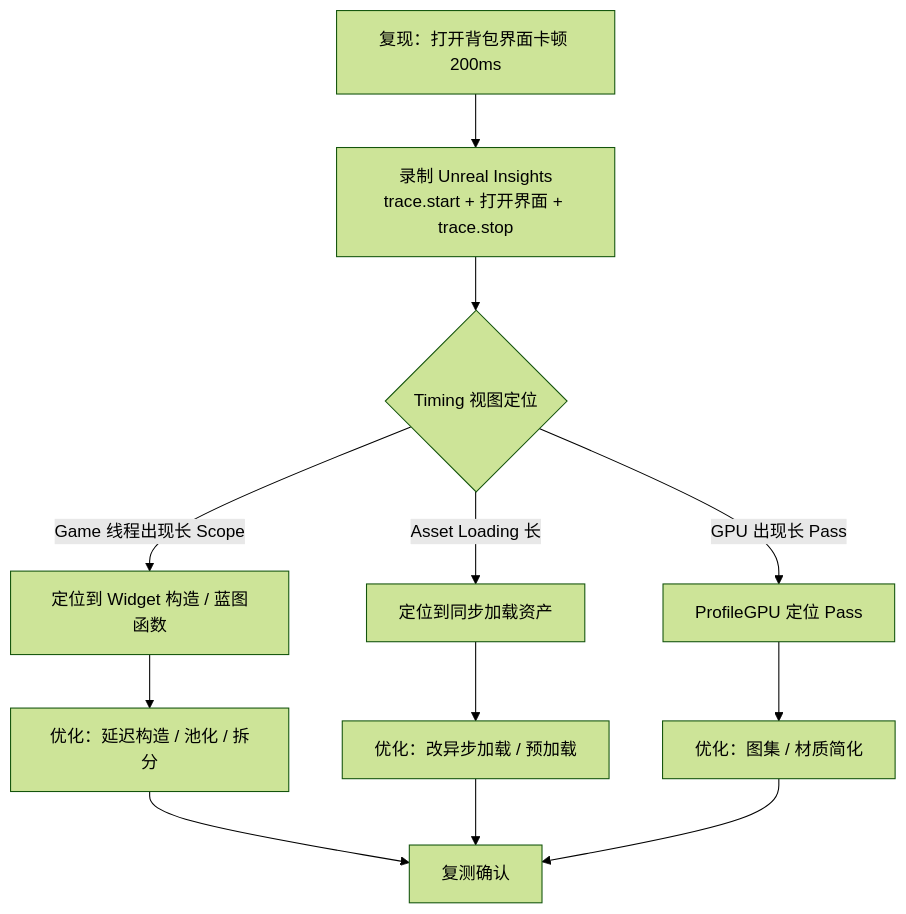
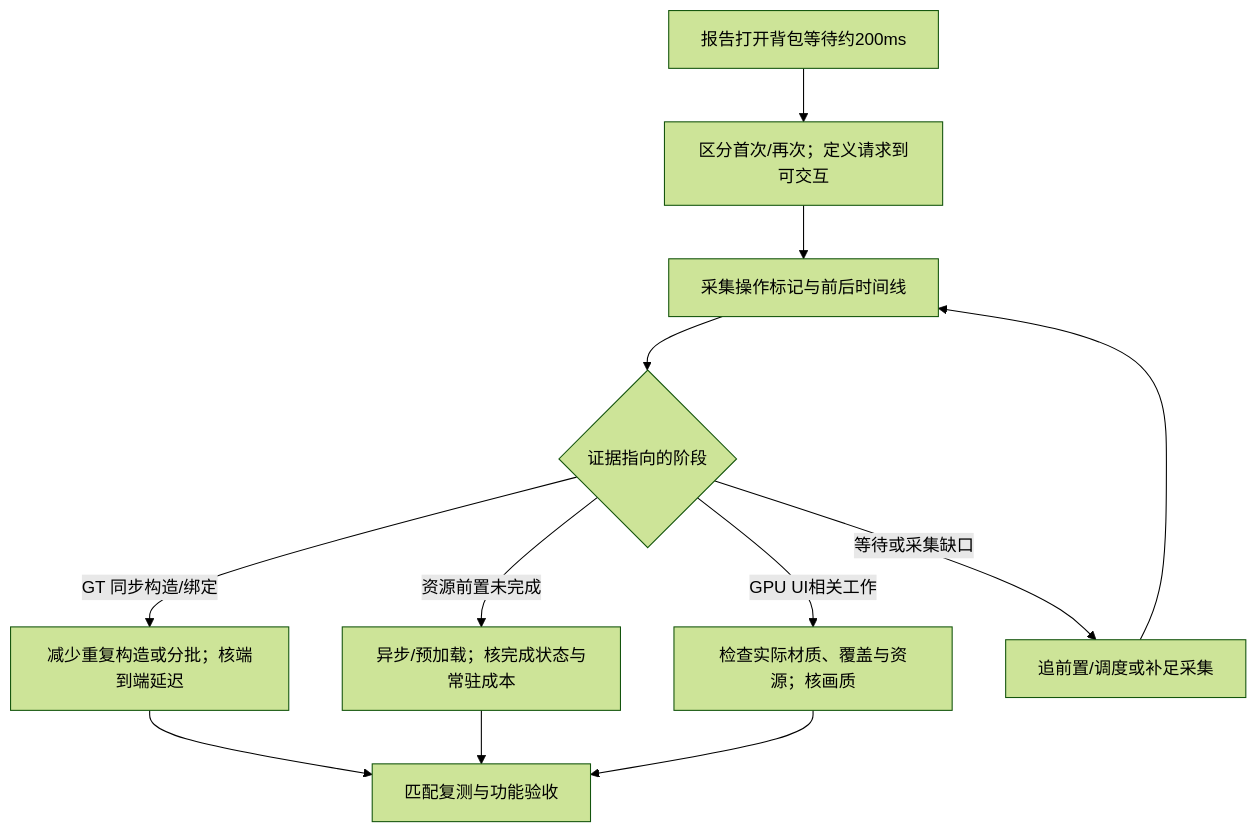
The fourth of 4 diagrams in 知识/08-工程实践与质量/调试与性能分析/03-性能分析工具与Profiling.md (fantuan812/learning), drawn with Mermaid (forest theme) before and after one commit. The commit also changed other lines of this file and 1 other file, not shown here.

````diff
--- a/知识/08-工程实践与质量/调试与性能分析/03-性能分析工具与Profiling.md
+++ b/知识/08-工程实践与质量/调试与性能分析/03-性能分析工具与Profiling.md
@@ -267,14 +404,14 @@
 ```mermaid
 flowchart TD
-    A[复现：打开背包界面卡顿 200ms] --> B[录制 Unreal Insights<br/>trace.start + 打开界面 + trace.stop]
-    B --> C{Timing 视图定位}
-    C -->|Game 线程出现长 Scope| D[定位到 Widget 构造 / 蓝图函数]
-    C -->|Asset Loading 长| E[定位到同步加载资产]
-    C -->|GPU 出现长 Pass| F[ProfileGPU 定位 Pass]
-    D --> G[优化：延迟构造 / 池化 / 拆分]
-    E --> H[优化：改异步加载 / 预加载]
-    F --> I[优化：图集 / 材质简化]
-    G --> J[复测确认]
-    H --> J
-    I --> J
+    A[报告打开背包等待约200ms] --> B[区分首次/再次；定义请求到可交互]
+    B --> C[采集操作标记与前后时间线]
+    C --> D{证据指向的阶段}
+    D -->|GT 同步构造/绑定| E[减少重复构造或分批；核端到端延迟]
+    D -->|资源前置未完成| F[异步/预加载；核完成状态与常驻成本]
+    D -->|GPU UI相关工作| G[检查实际材质、覆盖与资源；核画质]
+    D -->|等待或采集缺口| H[追前置/调度或补足采集]
+    E --> I[匹配复测与功能验收]
+    F --> I
+    G --> I
+    H --> C
 ```
````
